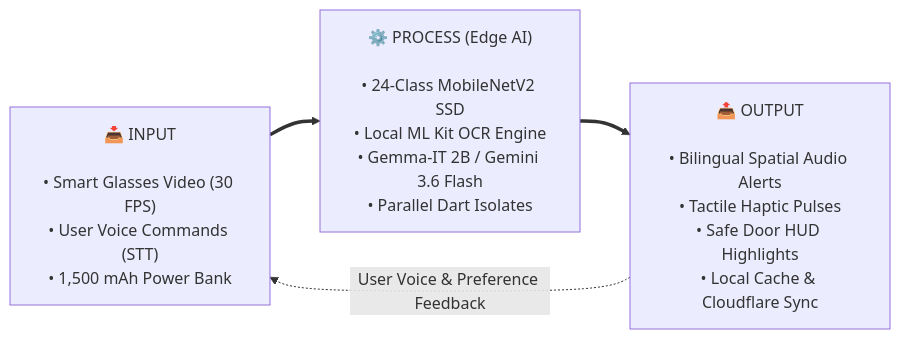
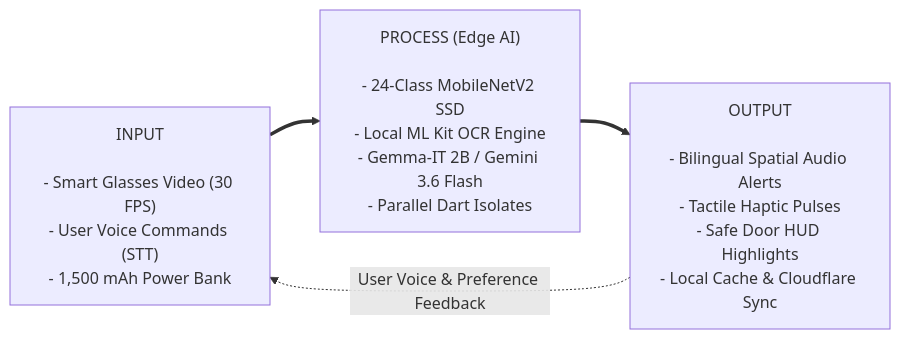
The first of 4 diagrams in docs/architecture/conceptual_framework.md (Thes-IS-IT/Easylens), drawn with Mermaid before and after one commit.

Commit message:
docs: remove emojis from conceptual framework and IPO diagrams

````diff
--- a/docs/architecture/conceptual_framework.md
+++ b/docs/architecture/conceptual_framework.md
@@ -35,10 +35,10 @@
 ```mermaid
 flowchart LR
-    INPUT["📥 INPUT\n\n• Smart Glasses Video (30 FPS)\n• User Voice Commands (STT)\n• 1,500 mAh Power Bank"] 
+    INPUT["INPUT\n\n- Smart Glasses Video (30 FPS)\n- User Voice Commands (STT)\n- 1,500 mAh Power Bank"] 
     ==> 
-    PROCESS["⚙️ PROCESS (Edge AI)\n\n• 24-Class MobileNetV2 SSD\n• Local ML Kit OCR Engine\n• Gemma-IT 2B / Gemini 3.6 Flash\n• Parallel Dart Isolates"] 
+    PROCESS["PROCESS (Edge AI)\n\n- 24-Class MobileNetV2 SSD\n- Local ML Kit OCR Engine\n- Gemma-IT 2B / Gemini 3.6 Flash\n- Parallel Dart Isolates"] 
     ==> 
-    OUTPUT["📤 OUTPUT\n\n• Bilingual Spatial Audio Alerts\n• Tactile Haptic Pulses\n• Safe Door HUD Highlights\n• Local Cache & Cloudflare Sync"]
+    OUTPUT["OUTPUT\n\n- Bilingual Spatial Audio Alerts\n- Tactile Haptic Pulses\n- Safe Door HUD Highlights\n- Local Cache & Cloudflare Sync"]
 
     OUTPUT -.->|"User Voice & Preference Feedback"| INPUT
 ```
````
